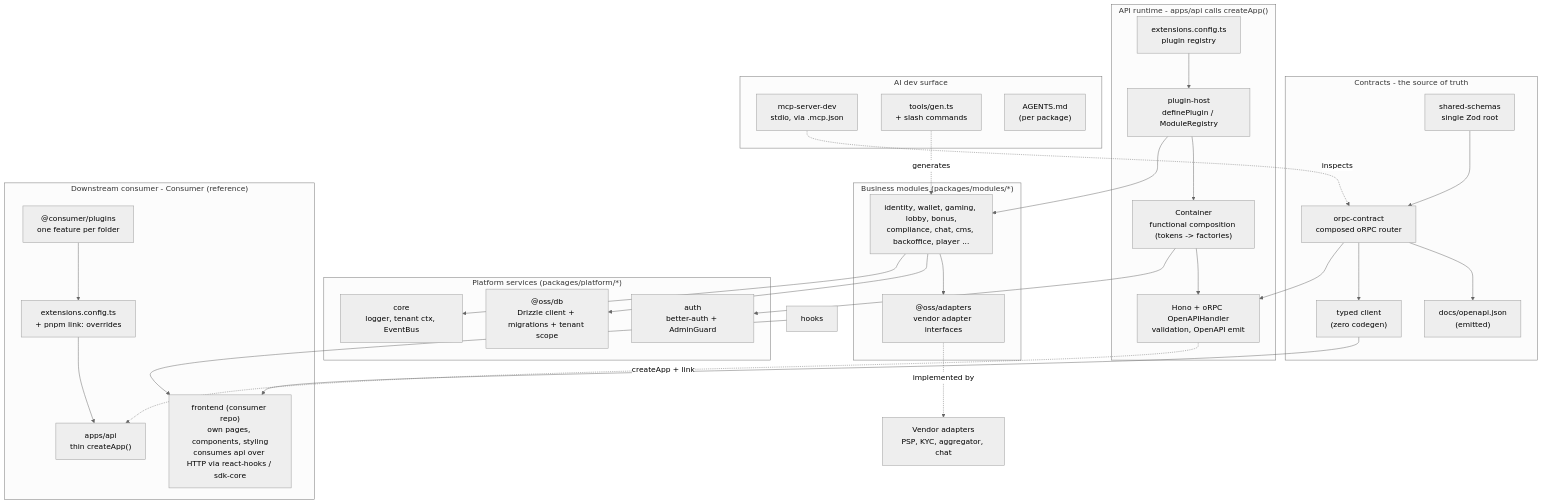
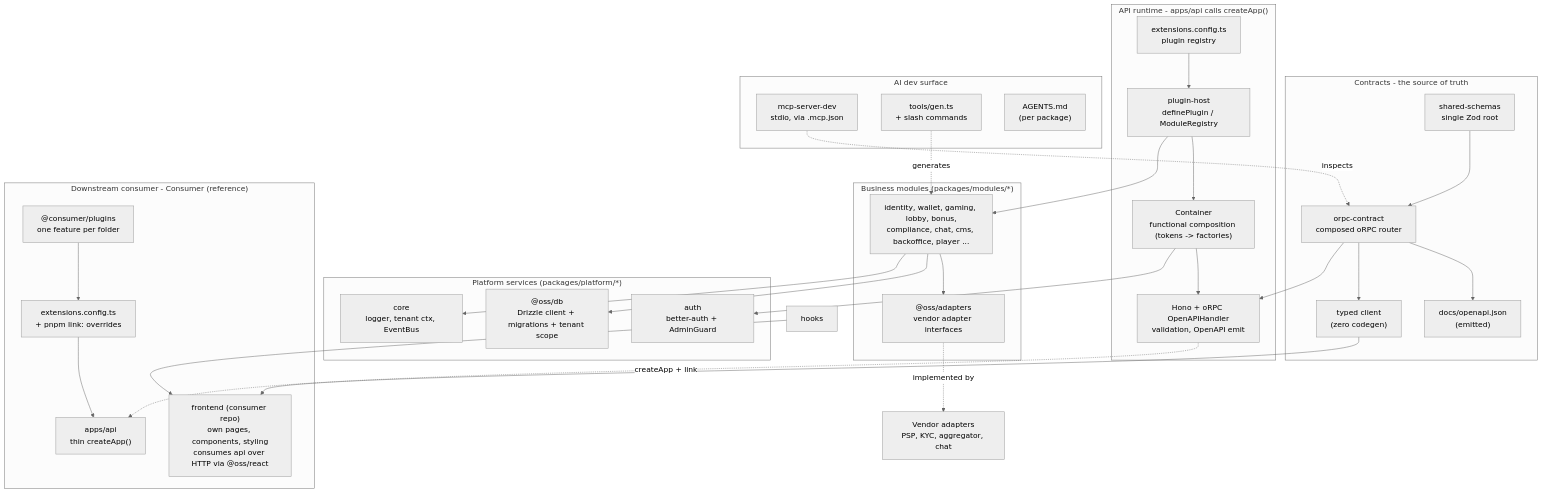
One commit to blurifycom/openora changed the first of 2 diagrams in docs/architecture.md. Above: the diagram before and after it, drawn with Mermaid (neutral theme). The commit also changed other lines of this file and 36 other files, not shown here.

First line of the commit message:
refactor: rename @oss/react-hooks to @oss/react

````diff
--- a/docs/architecture.md
+++ b/docs/architecture.md
@@ -12,63 +12,63 @@
 ```mermaid
 flowchart TB
   subgraph contracts["Contracts - the source of truth"]
     zod["shared-schemas<br/>single Zod root"]
     orpc["orpc-contract<br/>composed oRPC router"]
     openapi["docs/openapi.json<br/>(emitted)"]
     client["typed client<br/>(zero codegen)"]
     zod --> orpc
     orpc --> openapi
     orpc --> client
   end
 
   subgraph runtime["API runtime - apps/api calls createApp()"]
     cfg["extensions.config.ts<br/>plugin registry"]
     host["plugin-host<br/>definePlugin / ModuleRegistry"]
     container["Container<br/>functional composition (tokens -> factories)"]
     hono["Hono + oRPC OpenAPIHandler<br/>validation, OpenAPI emit"]
     cfg --> host
     host --> container
     container --> hono
     orpc --> hono
   end
 
   subgraph platform["Platform services (packages/platform/*)"]
     db["@oss/db<br/>Drizzle client + migrations + tenant scope"]
     auth["auth<br/>better-auth + AdminGuard"]
     core["core<br/>logger, tenant ctx, EventBus"]
   end
 
   subgraph modules["Business modules (packages/modules/*)"]
     mod["identity, wallet, gaming, lobby, bonus,<br/>compliance, chat, cms, backoffice, player ..."]
     adapters["@oss/adapters<br/>vendor adapter interfaces"]
     mod --> adapters
   end
 
   vendor["Vendor adapters<br/>PSP, KYC, aggregator, chat"]
 
   host --> mod
   container --> auth
   mod --> db
   mod --> core
   adapters -. implemented by .-> vendor
 
   subgraph consumer["Downstream consumer - Consumer (reference)"]
     bapi["apps/api<br/>thin createApp()"]
-    bfront["frontend (consumer repo)<br/>own pages, components, styling<br/>consumes api over HTTP via react-hooks / sdk-core"]
+    bfront["frontend (consumer repo)<br/>own pages, components, styling<br/>consumes api over HTTP via @oss/react"]
     bplug["@consumer/plugins<br/>one feature per folder"]
     bcfg["extensions.config.ts<br/>+ pnpm link: overrides"]
     bplug --> bcfg
     bcfg --> bapi
   end
   hono -. createApp + link .-> bapi
   client --> bfront
   hooks --> bfront
 
   subgraph ai["AI dev surface"]
     mcp["mcp-server-dev<br/>stdio, via .mcp.json"]
     scaffold["tools/gen.ts<br/>+ slash commands"]
     agentsmd["AGENTS.md<br/>(per package)"]
   end
   mcp -. inspects .-> orpc
   scaffold -. generates .-> mod
 ```
````
